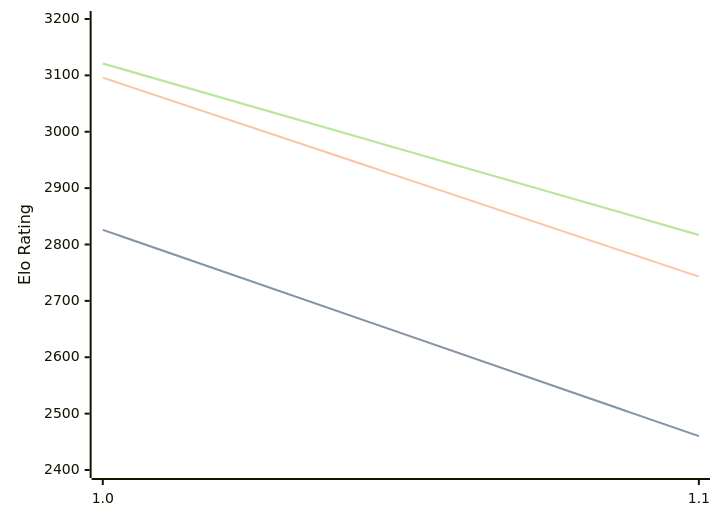
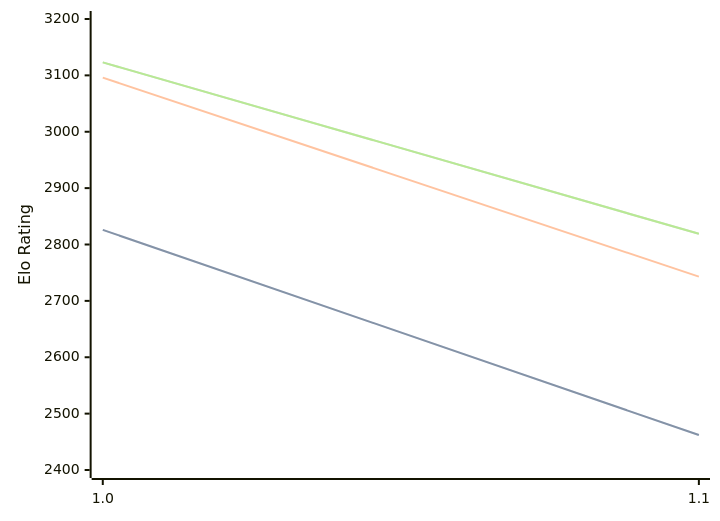
One commit to computer-chess-index/cci changed the diagram in engines/Publius.md. Above: the diagram before and after it, drawn with Mermaid. The commit also changed other lines of this file, not shown here.

Commit message:
Update CCI Ratings (ELO VLTC) - 2026-05-22

````diff
--- a/engines/Publius.md
+++ b/engines/Publius.md
@@ -32,11 +32,11 @@
 ```mermaid
 %%{init: {"theme":"base","themeVariables":{"seriesColors:['#a3a3a3','#222221','#faa371']}}}%%
 xychart-beta
   x-axis ["1.0", "1.1"]
   y-axis "Elo Rating" 2400 --> 3200
-  line "STC (8.0+0.08s)" [2826, 2460]
-  line "STC (8.0+0.08s)" [2826, 2460]
+  line "STC (8.0+0.08s)" [2826, 2462]
+  line "STC (8.0+0.08s)" [2826, 2462]
   line "LTC (60.0+0.60s)" [3096, 2743]
-  line "VLTC (2m24s+1.12s)" [3121, 2817]
-  line "VLTC (2m24s+1.12s)" [3121, 2817]
+  line "VLTC (2m24s+1.12s)" [3123, 2819]
+  line "VLTC (2m24s+1.12s)" [3123, 2819]
 ```
````
